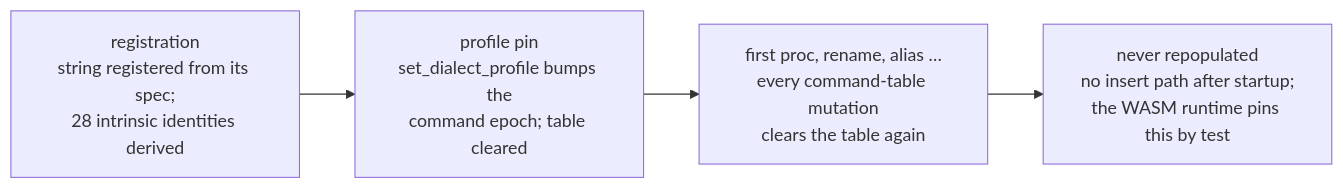
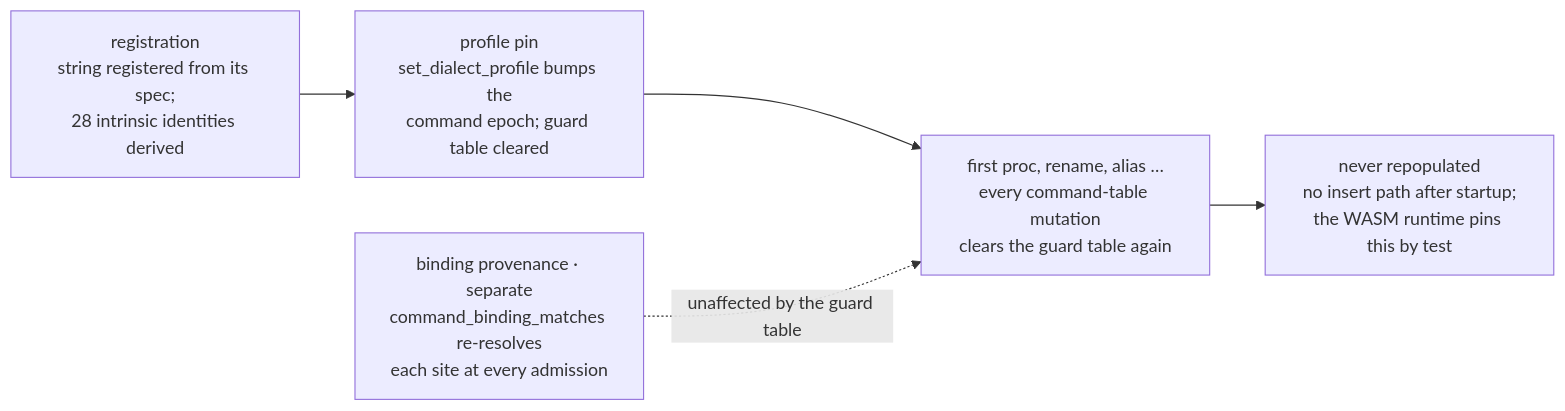
One commit to bitwisecook/tcl-lsp changed the second of 4 diagrams in docs/design/compiler/registry-consumer-contracts.md. Above: the diagram before and after it, drawn with Mermaid. The commit also changed other lines of this file and 7 other files, not shown here.

````diff
--- a/docs/design/compiler/registry-consumer-contracts.md
+++ b/docs/design/compiler/registry-consumer-contracts.md
@@ -191,8 +241,10 @@
 ```mermaid
 flowchart LR
     R["registration<br/>string registered from its spec;<br/>28 intrinsic identities derived"]
-    P["profile pin<br/>set_dialect_profile bumps the<br/>command epoch; table cleared"]
-    M["first proc, rename, alias …<br/>every command-table mutation<br/>clears the table again"]
+    P["profile pin<br/>set_dialect_profile bumps the<br/>command epoch; guard table cleared"]
+    M["first proc, rename, alias …<br/>every command-table mutation<br/>clears the guard table again"]
     N["never repopulated<br/>no insert path after startup;<br/>the WASM runtime pins this by test"]
     R --> P --> M --> N
+    B["binding provenance · separate<br/>command_binding_matches re-resolves<br/>each site at every admission"]
+    B -. unaffected by the guard table .-> M
 ```
````
